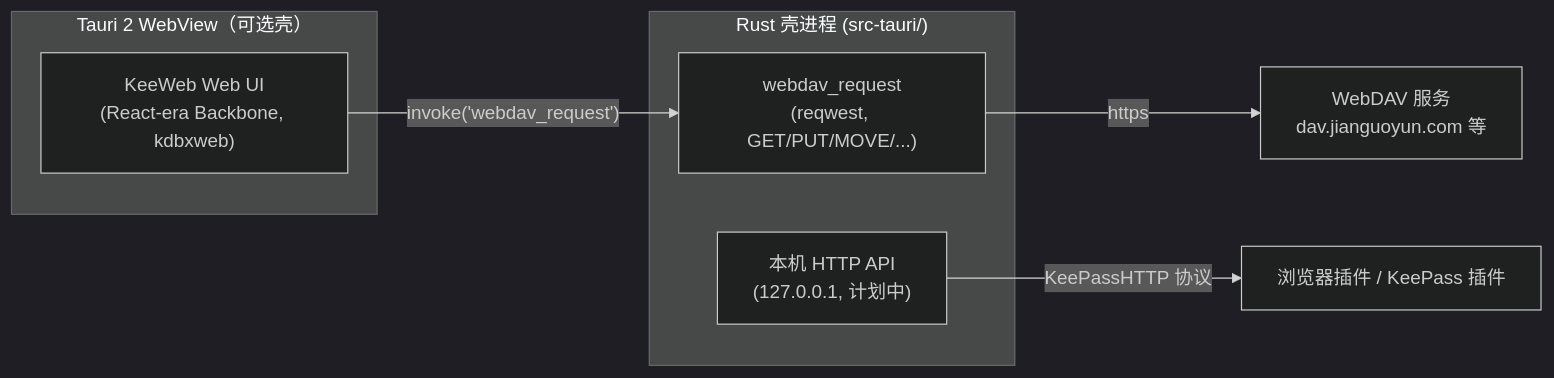
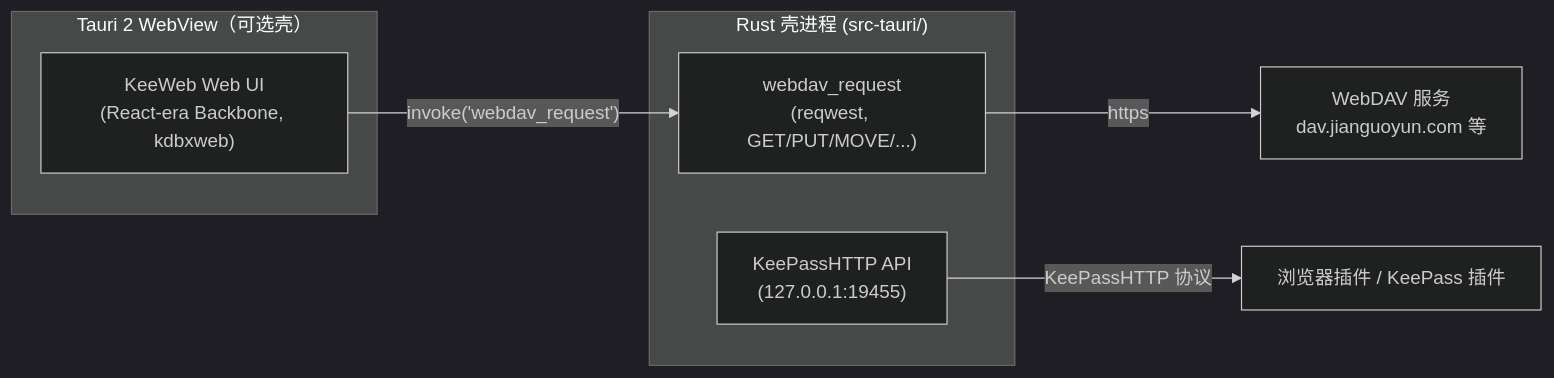
Before and after one commit to yanqingwang/keeweb-next: the diagram in README.md, drawn with Mermaid (dark theme). The commit also changed other lines of this file, not shown here.

Commit message:
Describe the KeePassHTTP endpoint as it is, not as planned

````diff
--- a/README.md
+++ b/README.md
@@ -34,13 +34,13 @@
 ```mermaid
 flowchart LR
     subgraph webview["Tauri 2 WebView（可选壳）"]
         UI["KeeWeb Web UI<br/>(React-era Backbone, kdbxweb)"]
     end
     subgraph rust["Rust 壳进程 (src-tauri/)"]
         WD["webdav_request<br/>(reqwest, GET/PUT/MOVE/...)"]
-        HTTP["本机 HTTP API<br/>(127.0.0.1, 计划中)"]
+        HTTP["KeePassHTTP API<br/>(127.0.0.1:19455)"]
     end
     UI -- "invoke('webdav_request')" --> WD
     WD -- "https" --> DAV["WebDAV 服务<br/>dav.jianguoyun.com 等"]
     HTTP -- "KeePassHTTP 协议" --> EXT["浏览器插件 / KeePass 插件"]
 ```
````
